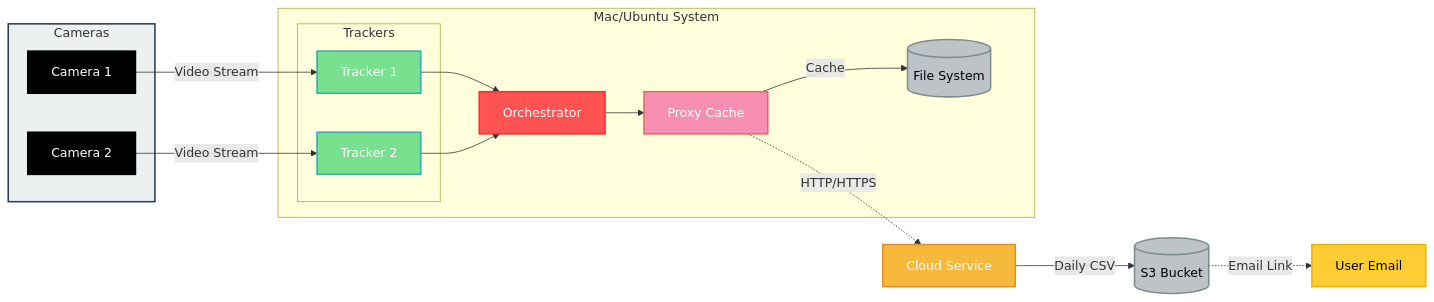
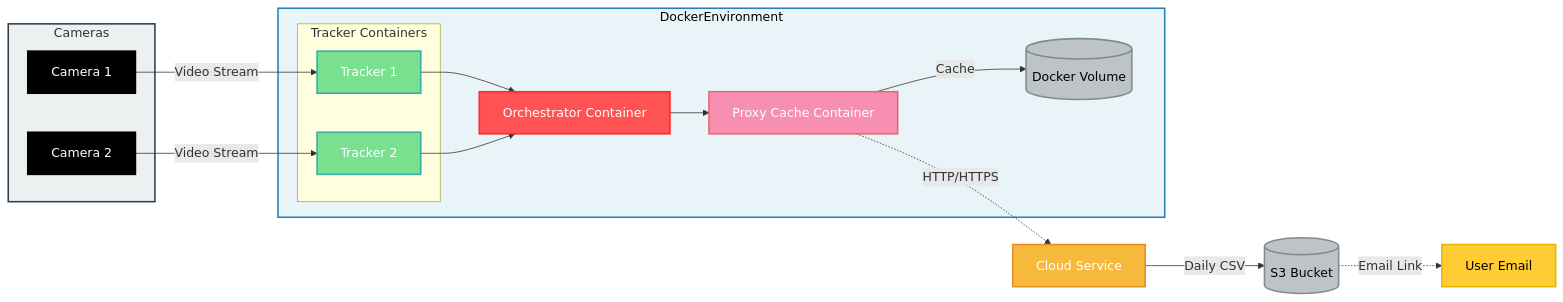
Before and after one commit to oa-device/Dullahan: the diagram in docs/WORKFLOW.md, drawn with Mermaid. The commit also changed other lines of this file and 3 other files, not shown here.

````diff
--- a/docs/WORKFLOW.md
+++ b/docs/WORKFLOW.md
@@ -36,50 +69,50 @@
 ```mermaid
 graph LR
     subgraph Cameras
         C1[Camera 1]
         C2[Camera 2]
     end
 
-    subgraph "Mac/Ubuntu System"
-        subgraph Trackers
+    subgraph DockerEnvironment
+        subgraph "Tracker Containers"
             T1[Tracker 1]
             T2[Tracker 2]
         end
-        O[Orchestrator]
-        PC[Proxy Cache]
-        FS[(File System)]
+        O[Orchestrator Container]
+        PC[Proxy Cache Container]
+        V[(Docker Volume)]
     end
 
     Cloud[Cloud Service]
     S3[(S3 Bucket)]
     User[User Email]
 
     C1 -->|Video Stream| T1
     C2 -->|Video Stream| T2
     T1 --> O
     T2 --> O
     O --> PC
-    PC -->|Cache| FS
+    PC -->|Cache| V
     PC -.->|HTTP/HTTPS| Cloud
     Cloud -->|Daily CSV| S3
     S3 -.->|Email Link| User
 
     classDef camera fill:#000000,stroke:#000000,stroke-width:2px,color:#ffffff;
     classDef tracker fill:#78e08f,stroke:#38ada9,stroke-width:2px,color:#ffffff;
     classDef orchestrator fill:#ff5252,stroke:#ff2a2a,stroke-width:2px,color:#ffffff;
     classDef proxy fill:#f78fb3,stroke:#e66767,stroke-width:2px,color:#ffffff;
     classDef storage fill:#bdc3c7,stroke:#7f8c8d,stroke-width:2px,color:#000000;
     classDef cloud fill:#f6b93b,stroke:#e58e26,stroke-width:2px,color:#ffffff;
     classDef user fill:#ffcc33,stroke:#e5b800,stroke-width:2px,color:#000000;
 
     class C1,C2 camera;
     class T1,T2 tracker;
     class O orchestrator;
     class PC proxy;
-    class FS,S3 storage;
+    class V,S3 storage;
     class Cloud cloud;
     class User user;
 
     style Cameras fill:#ecf0f1,stroke:#2c3e50,stroke-width:2px;
-
+    style DockerEnvironment fill:#e8f4f8,stroke:#2980b9,stroke-width:2px,color:#000000;
 ```
````
